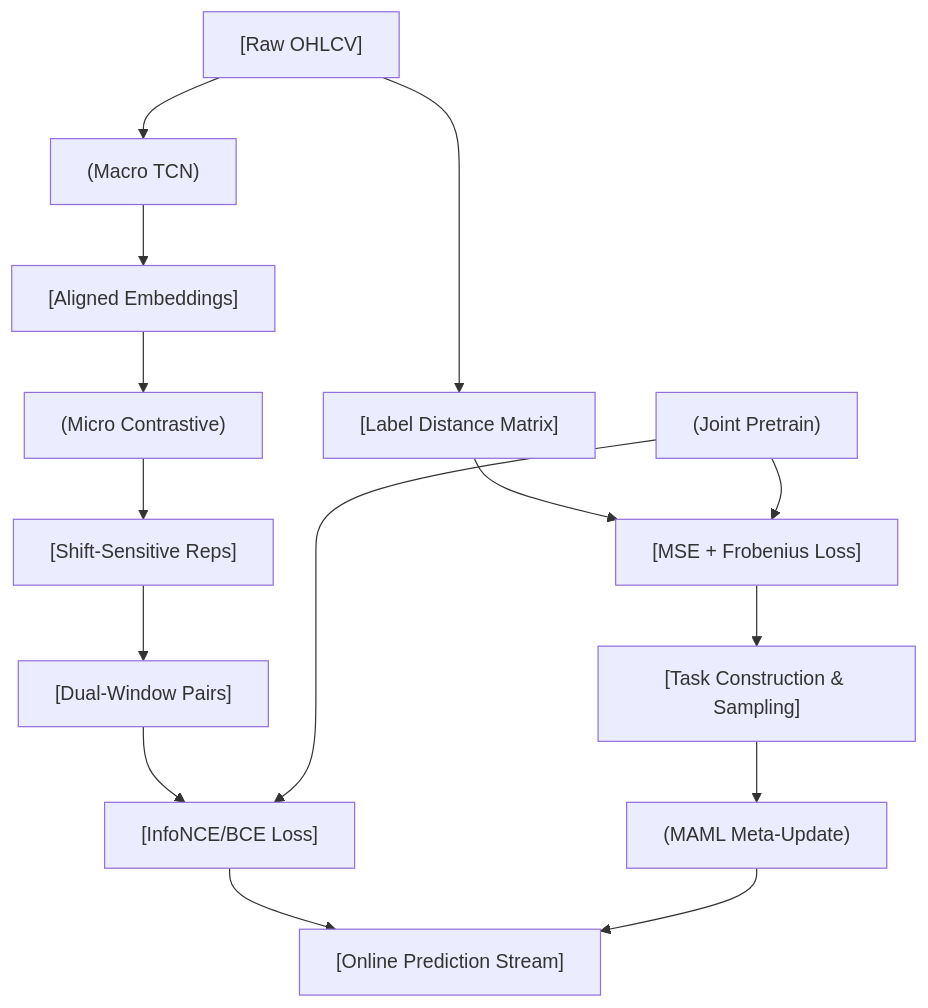
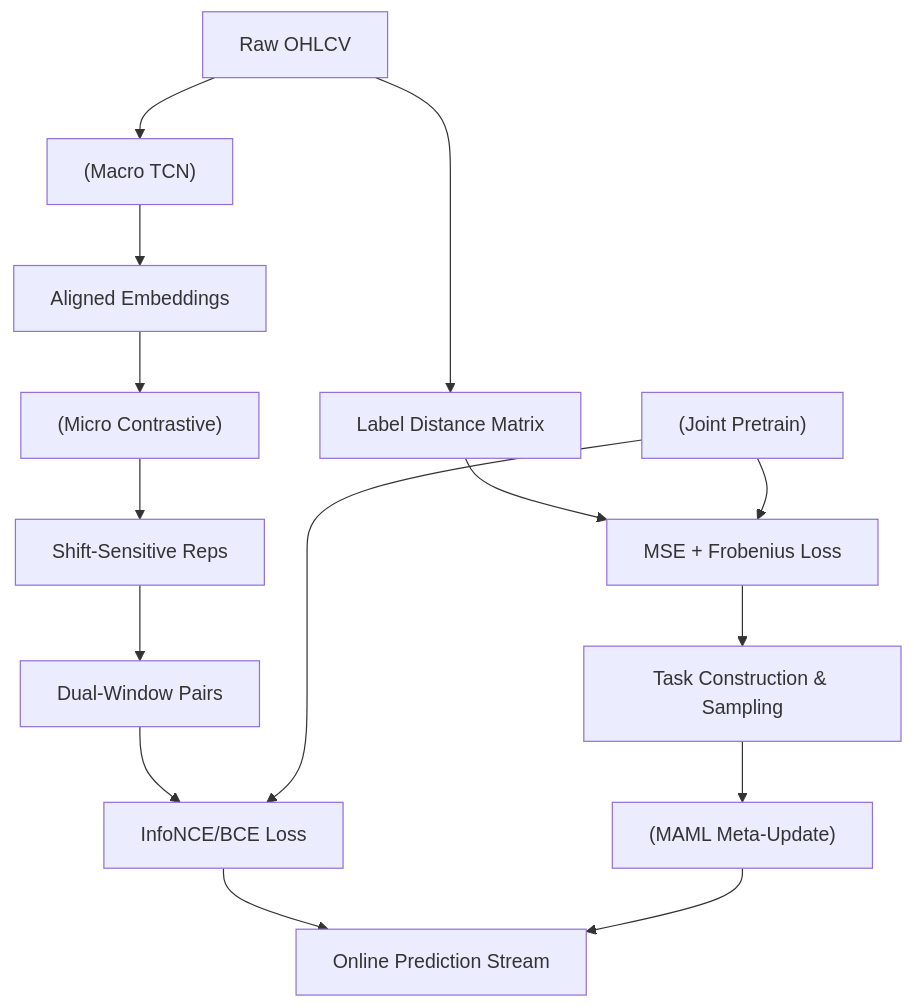
Before and after one commit to sou350121/Trading-Handbook: the diagram in foundations/time-series-forecasting/masser.md, drawn with Mermaid. The commit also changed 191 other files, not shown here.

First line of the commit message:
render: fix math + mermaid for GitHub across the corpus (188 pages)

````diff
--- a/foundations/time-series-forecasting/masser.md
+++ b/foundations/time-series-forecasting/masser.md
@@ -32,17 +32,17 @@
 ```mermaid
 flowchart TD
-    A["[Raw OHLCV]"] --> B["(Macro TCN)"]
-    B --> C["[Aligned Embeddings]"]
+    A["Raw OHLCV"] --> B["(Macro TCN)"]
+    B --> C["Aligned Embeddings"]
     C --> D["(Micro Contrastive)"]
-    D --> E["[Shift-Sensitive Reps]"]
-    A --> F["[Label Distance Matrix]"]
-    E --> G["[Dual-Window Pairs]"]
-    F --> H["[MSE + Frobenius Loss]"]
-    G --> J["[InfoNCE/BCE Loss]"]
+    D --> E["Shift-Sensitive Reps"]
+    A --> F["Label Distance Matrix"]
+    E --> G["Dual-Window Pairs"]
+    F --> H["MSE + Frobenius Loss"]
+    G --> J["InfoNCE/BCE Loss"]
     I["(Joint Pretrain)"] --> H
     I --> J
-    H --> K["[Task Construction & Sampling]"]
-    J --> M["[Online Prediction Stream]"]
+    H --> K["Task Construction &amp; Sampling"]
+    J --> M["Online Prediction Stream"]
     K --> L["(MAML Meta-Update)"]
     L --> M
 ```
````
